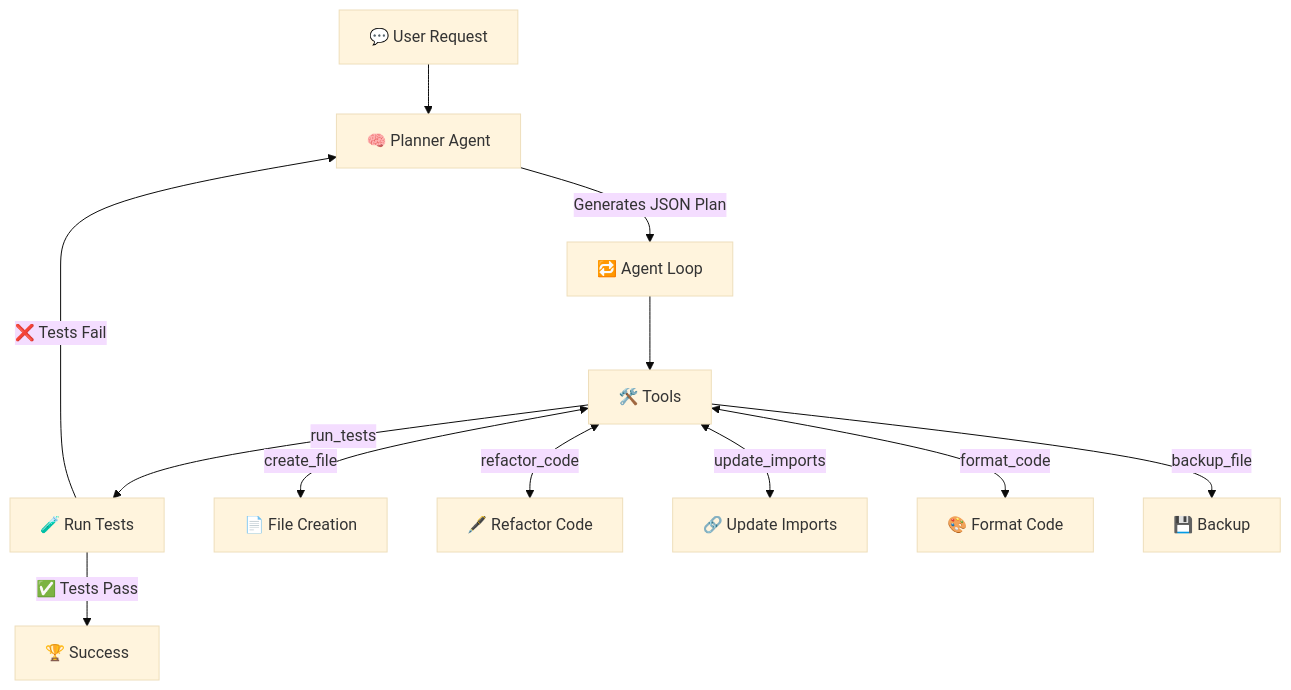
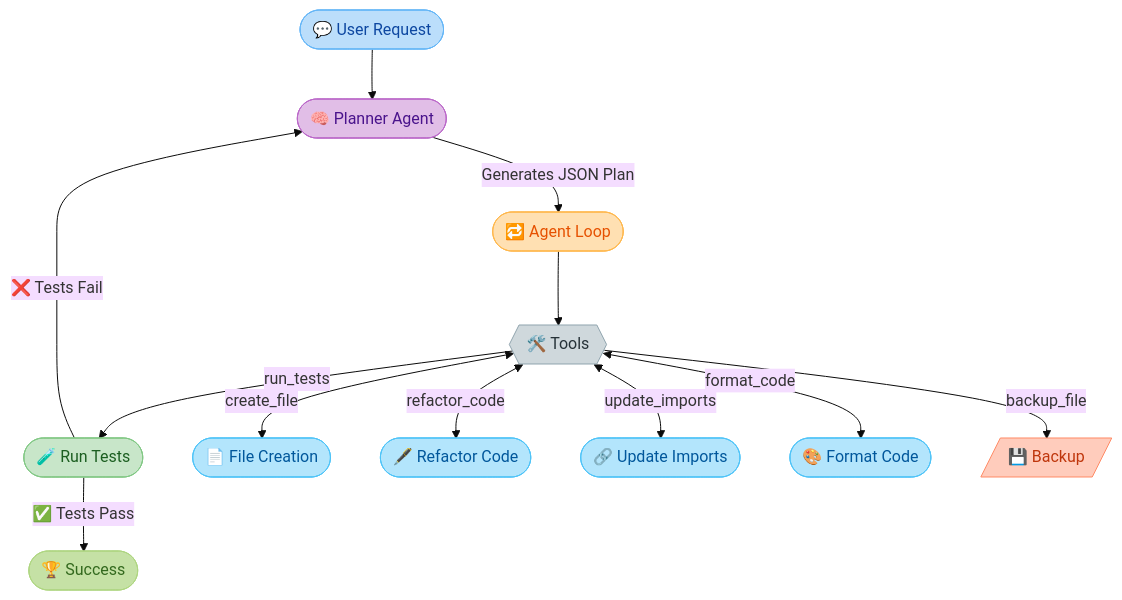
The diagram in README.md (Perpetue237/agentsculptor), drawn with Mermaid (base theme) before and after one commit. The commit also changed 1 other file, not shown here.

````diff
--- a/README.md
+++ b/README.md
@@ -320,16 +320,50 @@
 ``` mermaid
 flowchart TD
-    A[💬 User Request] --> B[🧠 Planner Agent]
-    B -->|Generates JSON Plan| C[🔁 Agent Loop]
-    C --> D[🛠️ Tools]
+    %% === NODES ===
+    A([💬 User Request])
+    B([🧠 Planner Agent])
+    C([🔁 Agent Loop])
+    D{{🛠️ Tools}}
 
-    D -->|run_tests| D1[🧪 Run Tests]
-    D <-->|create_file| D2[📄 File Creation]
-    D <-->|refactor_code| D3[🖋️ Refactor Code]
-    D <-->|update_imports| D4[🔗 Update Imports]
-    D <-->|format_code| D5[🎨 Format Code]
-    D -->|backup_file| D6[💾 Backup]
+    %% Tools
+    D1([🧪 Run Tests])       
+    %% Stadium shape
+    D2([📄 File Creation])
+    D3([🖋️ Refactor Code])
+    D4([🔗 Update Imports])
+    D5([🎨 Format Code])
+    D6[/💾 Backup/]          
+    %% Parallelogram
+
+    E([🏆 Success])
+
+    %% === EDGES ===
+    A --> B -->|Generates JSON Plan| C --> D
+    D -->|run_tests| D1
+    D <-->|create_file| D2
+    D <-->|refactor_code| D3
+    D <-->|update_imports| D4
+    D <-->|format_code| D5
+    D -->|backup_file| D6
 
     D1 -->|❌ Tests Fail| B
-    D1 -->|✅ Tests Pass| E[🏆 Success]
+    D1 -->|✅ Tests Pass| E
+
+    %% === STYLES (softer colors) ===
+    style A fill:#BBDEFB,stroke:#64B5F6,color:#0D47A1
+    style B fill:#E1BEE7,stroke:#BA68C8,color:#4A148C
+    style C fill:#FFE0B2,stroke:#FFB74D,color:#E65100
+    style D fill:#CFD8DC,stroke:#90A4AE,color:#263238
+
+    %% Normal tools - soft blue
+    style D2 fill:#B3E5FC,stroke:#4FC3F7,color:#01579B
+    style D3 fill:#B3E5FC,stroke:#4FC3F7,color:#01579B
+    style D4 fill:#B3E5FC,stroke:#4FC3F7,color:#01579B
+    style D5 fill:#B3E5FC,stroke:#4FC3F7,color:#01579B
+
+    %% Special tools
+    style D1 fill:#C8E6C9,stroke:#81C784,color:#1B5E20   
+    style D6 fill:#FFCCBC,stroke:#FF8A65,color:#BF360C   
+
+    style E fill:#C5E1A5,stroke:#AED581,color:#33691E
 ```
````
